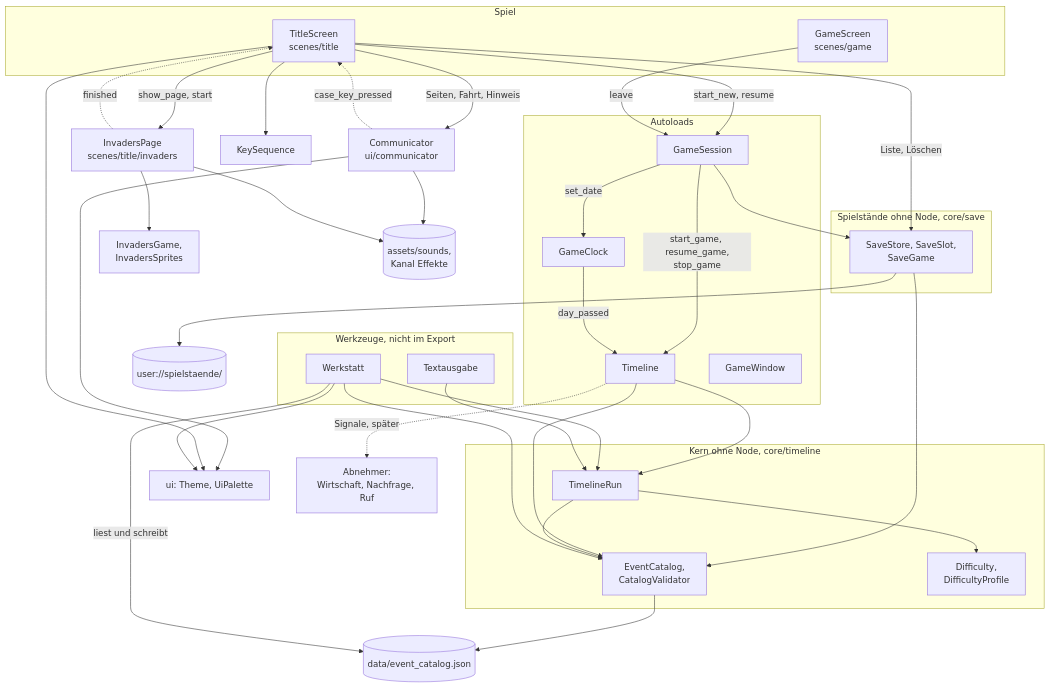
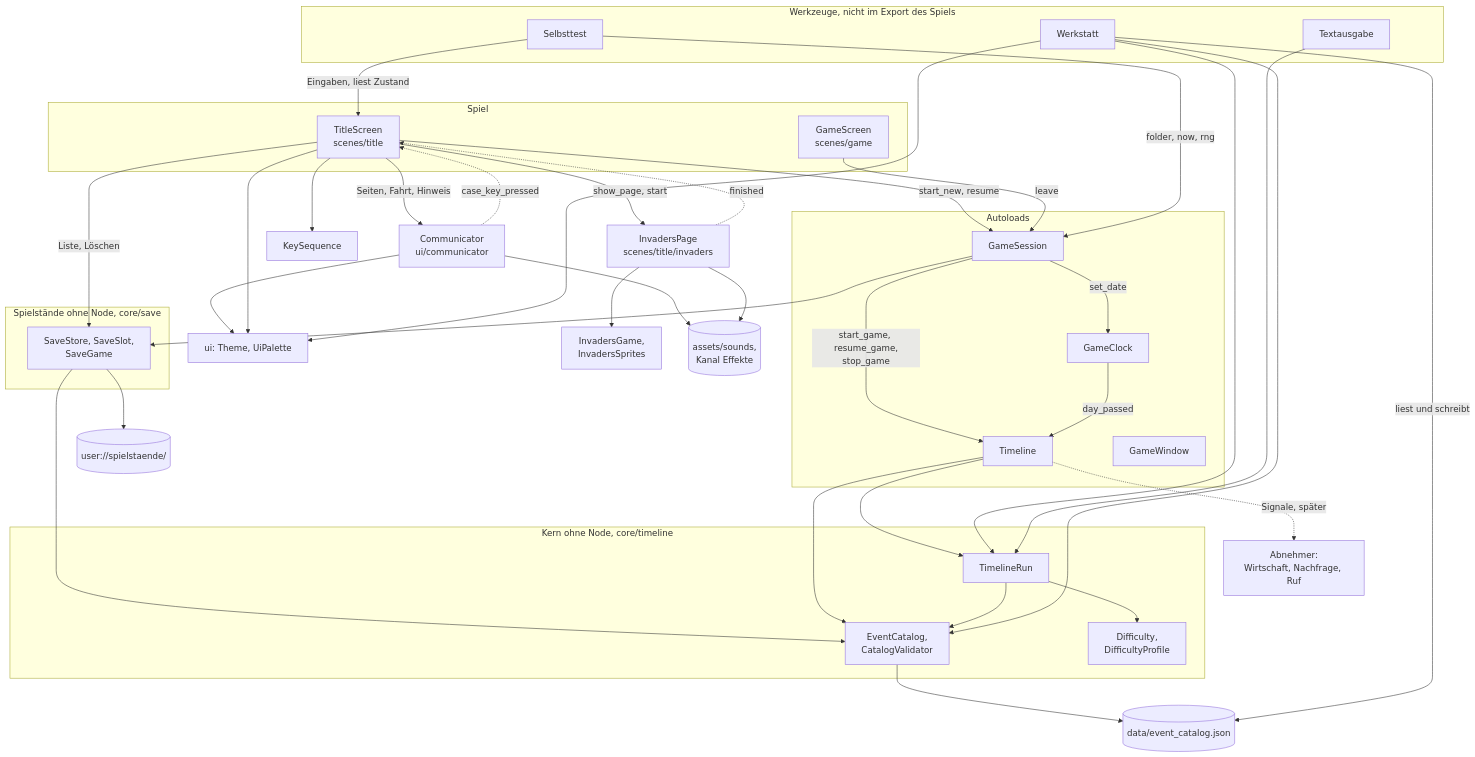
Before and after one commit to klausmoster/DerComputerladen: the diagram in docs/spielbeschreibung/architektur.md, drawn with Mermaid. The commit also changed other lines of this file and 16 other files, not shown here.

````diff
--- a/docs/spielbeschreibung/architektur.md
+++ b/docs/spielbeschreibung/architektur.md
@@ -46,59 +50,62 @@
 ```mermaid
 flowchart TB
     subgraph spiel["Spiel"]
         TS["TitleScreen<br/>scenes/title"]
         GS["GameScreen<br/>scenes/game"]
     end
     subgraph autoloads["Autoloads"]
         GC["GameClock"]
         TL["Timeline"]
         GW["GameWindow"]
         SE["GameSession"]
     end
     subgraph save["Spielstände ohne Node, core/save"]
         ST["SaveStore, SaveSlot,<br/>SaveGame"]
     end
     subgraph kern["Kern ohne Node, core/timeline"]
         RUN["TimelineRun"]
         CAT["EventCatalog,<br/>CatalogValidator"]
         DIF["Difficulty,<br/>DifficultyProfile"]
     end
-    subgraph werkzeuge["Werkzeuge, nicht im Export"]
+    subgraph werkzeuge["Werkzeuge, nicht im Export des Spiels"]
         WS["Werkstatt"]
         TA["Textausgabe"]
+        STT["Selbsttest"]
     end
     DATA[("data/event_catalog.json")]
     SAVES[("user://spielstaende/")]
     UI["ui: Theme, UiPalette"]
     CO["Communicator<br/>ui/communicator"]
     TS -->|"Seiten, Fahrt, Hinweis"| CO
     CO -.->|"case_key_pressed"| TS
     TS --> KS["KeySequence"]
     TS -->|"show_page, start"| IP["InvadersPage<br/>scenes/title/invaders"]
     IP -.->|"finished"| TS
     IP --> IG["InvadersGame,<br/>InvadersSprites"]
     CO --> SND[("assets/sounds,<br/>Kanal Effekte")]
     IP --> SND
     CO --> UI
     TS -->|"start_new, resume"| SE
     GS -->|"leave"| SE
     TS -->|"Liste, Löschen"| ST
     SE -->|"set_date"| GC
     SE -->|"start_game, resume_game,<br/>stop_game"| TL
     SE --> ST
     ST --> SAVES
     ST --> CAT
     GC -->|"day_passed"| TL
     TL --> RUN
     TL --> CAT
     RUN --> CAT
     RUN --> DIF
     CAT --> DATA
     WS --> RUN
     WS --> CAT
     WS -->|"liest und schreibt"| DATA
     TA --> RUN
+    STT -->|"Eingaben, liest Zustand"| TS
+    STT -->|"folder, now, rng"| SE
     TS --> UI
     WS --> UI
     TL -.->|"Signale, später"| ABN["Abnehmer:<br/>Wirtschaft, Nachfrage, Ruf"]
 ```
````
